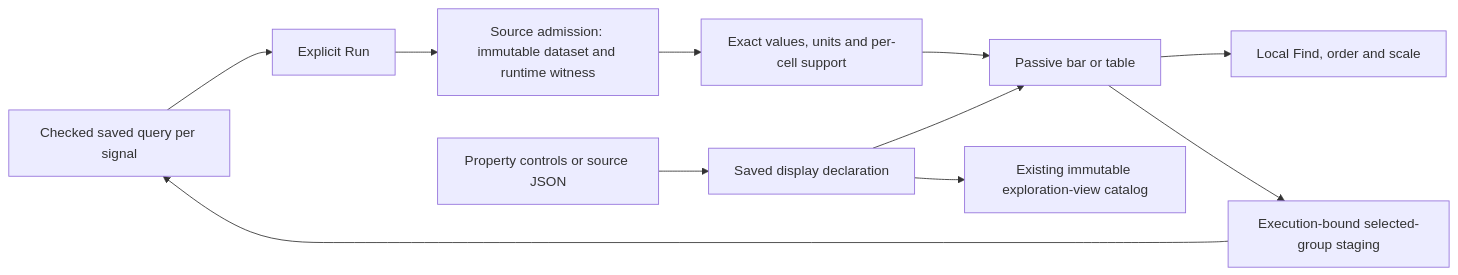
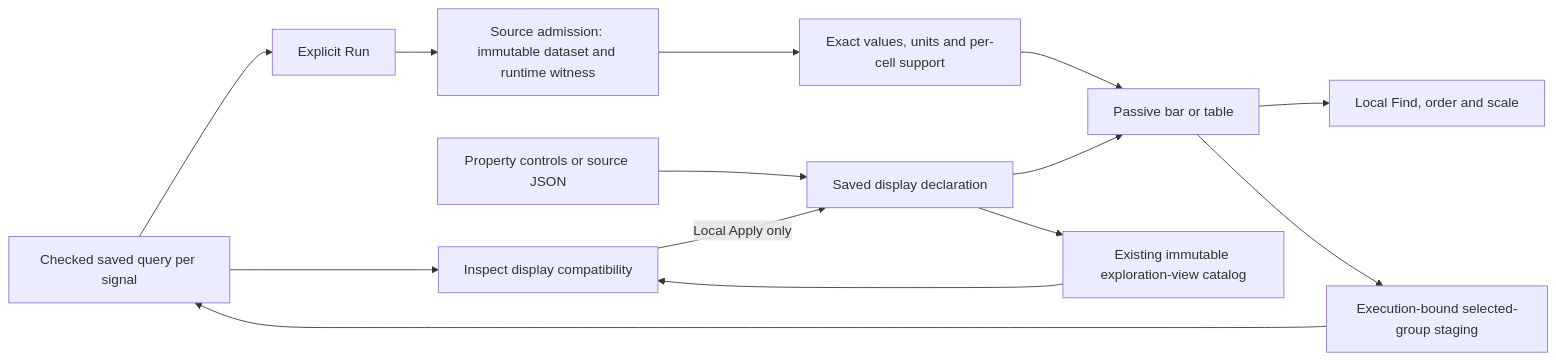
One commit to casselc/goo changed the diagram in docs/SAVED_DISPLAY_DECLARATIONS.md. Above: the diagram before and after it, drawn with Mermaid. The commit also changed other lines of this file and 24 other files, not shown here.

````diff
--- a/docs/SAVED_DISPLAY_DECLARATIONS.md
+++ b/docs/SAVED_DISPLAY_DECLARATIONS.md
@@ -19,13 +19,16 @@
 ```mermaid
 flowchart LR
   Q[Checked saved query per signal] --> R[Explicit Run]
   R --> A[Source admission: immutable dataset and runtime witness]
   D[Saved display declaration] --> P[Passive bar or table]
   A --> U[Exact values, units and per-cell support]
   U --> P
   P --> L[Local Find, order and scale]
   P --> H[Execution-bound selected-group staging]
   H --> Q
   E[Property controls or source JSON] --> D
   D --> S[Existing immutable exploration-view catalog]
+  S --> C[Inspect display compatibility]
+  Q --> C
+  C -->|Local Apply only| D
 ```
````
